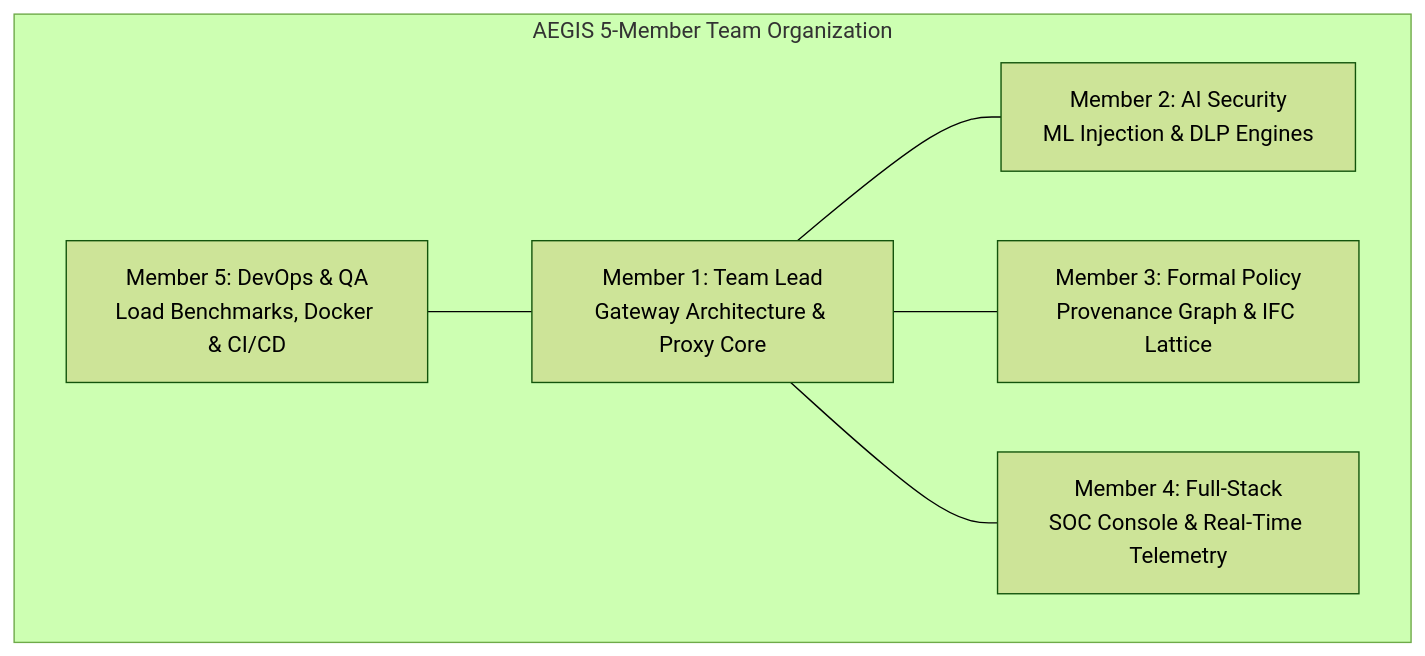
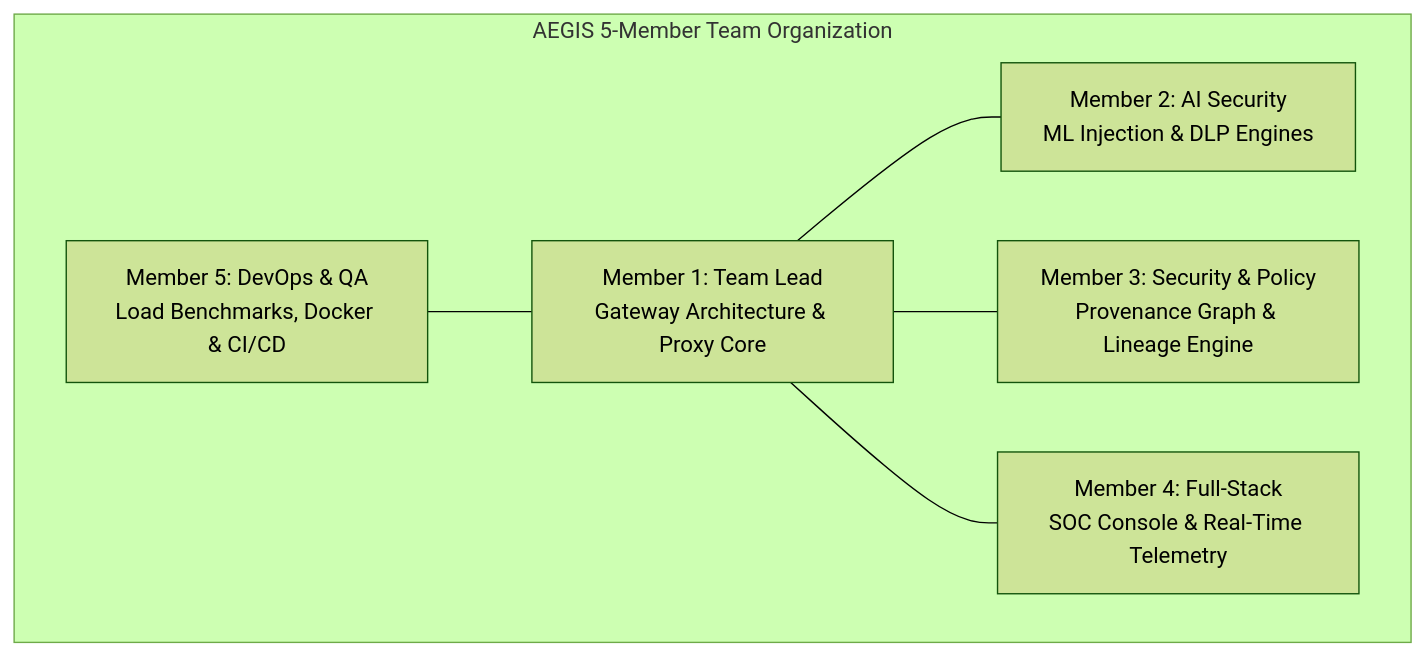
Before and after one commit to adityajadaun39-bit/AEGIS-ai: the first of 2 diagrams in plans/PROJECT_PLAN.md, drawn with Mermaid (forest theme). The commit also changed other lines of this file and 14 other files, not shown here.

Commit message:
refactor(docs,ui): complete elimination of formal lattice and theorem proofs in favor of idea flow & system architecture

````diff
--- a/plans/PROJECT_PLAN.md
+++ b/plans/PROJECT_PLAN.md
@@ -29,15 +29,15 @@
 ```mermaid
 graph TD
     subgraph WBS["AEGIS 5-Member Team Organization"]
         M1["Member 1: Team Lead\nGateway Architecture & Proxy Core"]
         M2["Member 2: AI Security\nML Injection & DLP Engines"]
-        M3["Member 3: Formal Policy\nProvenance Graph & IFC Lattice"]
+        M3["Member 3: Security & Policy\nProvenance Graph & Lineage Engine"]
         M4["Member 4: Full-Stack\nSOC Console & Real-Time Telemetry"]
         M5["Member 5: DevOps & QA\nLoad Benchmarks, Docker & CI/CD"]
     end
 
     M1 --- M2
     M1 --- M3
     M1 --- M4
     M5 --- M1
 ```
````
